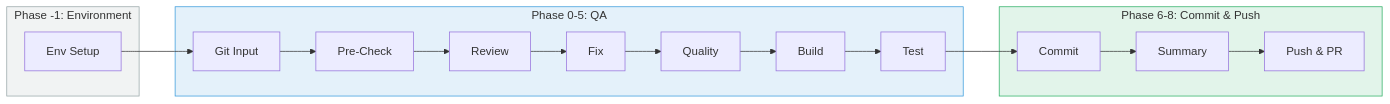
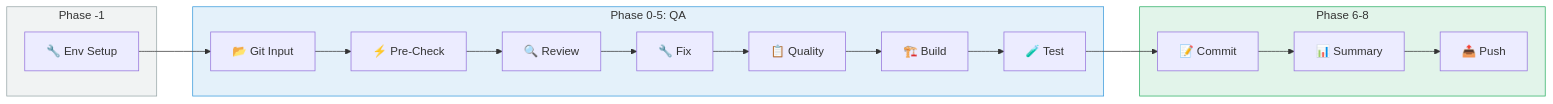
The second of 2 diagrams in docs/guides/12-environment-setup-workflow.md (KIMSUNGHOON/opencode), drawn with Mermaid before and after one commit. The commit also changed other lines of this file, not shown here.

First line of the commit message:
docs: Environment Setup 문서 간소화 (Shell + env-config)

````diff
--- a/docs/guides/12-environment-setup-workflow.md
+++ b/docs/guides/12-environment-setup-workflow.md
@@ -482,28 +408,28 @@
 ```mermaid
 flowchart LR
-    subgraph PHASE_NEG1["Phase -1: Environment"]
-        ENV[Env Setup]
+    subgraph PHASE_NEG1["Phase -1"]
+        ENV[🔧 Env Setup]
     end
 
     subgraph PHASE_0_5["Phase 0-5: QA"]
-        GIT[Git Input]
-        PRE[Pre-Check]
-        REV[Review]
-        FIX[Fix]
-        QA[Quality]
-        BUILD[Build]
-        TEST[Test]
+        GIT[📂 Git Input]
+        PRE[⚡ Pre-Check]
+        REV[🔍 Review]
+        FIX[🔧 Fix]
+        QA[📋 Quality]
+        BUILD[🏗️ Build]
+        TEST[🧪 Test]
     end
 
-    subgraph PHASE_6_8["Phase 6-8: Commit & Push"]
-        COMMIT[Commit]
-        SUMMARY[Summary]
-        PUSH[Push & PR]
+    subgraph PHASE_6_8["Phase 6-8"]
+        COMMIT[📝 Commit]
+        SUMMARY[📊 Summary]
+        PUSH[📤 Push]
     end
 
     ENV --> GIT --> PRE --> REV --> FIX --> QA --> BUILD --> TEST --> COMMIT --> SUMMARY --> PUSH
 
     style PHASE_NEG1 fill:#95A5A622,stroke:#95A5A6
     style PHASE_0_5 fill:#3498DB22,stroke:#3498DB
     style PHASE_6_8 fill:#27AE6022,stroke:#27AE60
 ```
````
